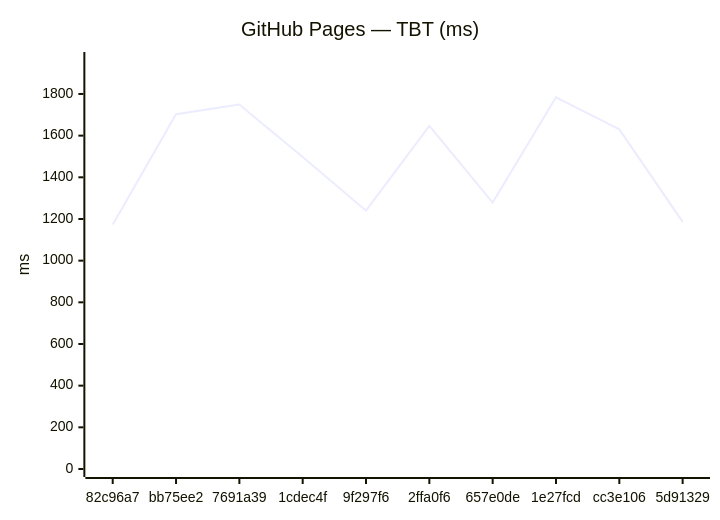
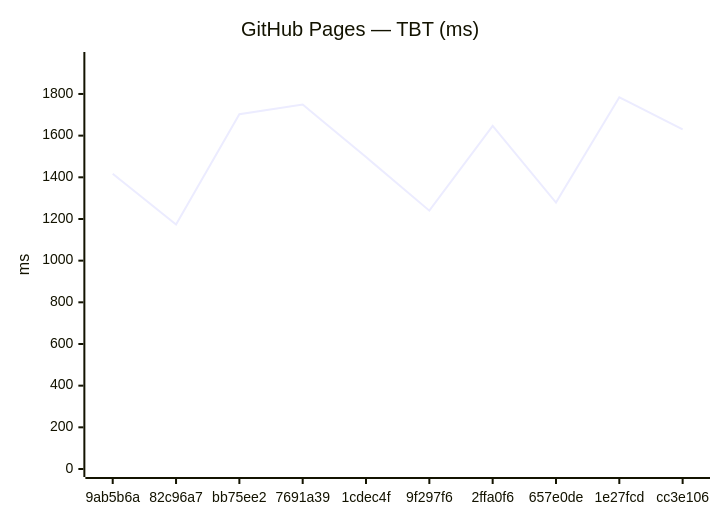
The fourth of 18 diagrams in benchmarks/compare.md (Metaheurist/Rianell), drawn with Mermaid before and after one commit. The commit also changed other lines of this file and 11 other files, not shown here.

````diff
--- a/benchmarks/compare.md
+++ b/benchmarks/compare.md
@@ -61,7 +61,7 @@
 ```mermaid
 xychart-beta
     title "GitHub Pages — TBT (ms)"
-    x-axis ["82c96a7", "bb75ee2", "7691a39", "1cdec4f", "9f297f6", "2ffa0f6", "657e0de", "1e27fcd", "cc3e106", "5d91329"]
+    x-axis ["9ab5b6a", "82c96a7", "bb75ee2", "7691a39", "1cdec4f", "9f297f6", "2ffa0f6", "657e0de", "1e27fcd", "cc3e106"]
     y-axis "ms" 0 --> 1963
-    line [1173, 1703, 1749, 1497, 1240, 1647, 1279, 1784, 1630, 1186]
+    line [1417, 1173, 1703, 1749, 1497, 1240, 1647, 1279, 1784, 1630]
 ```
````
